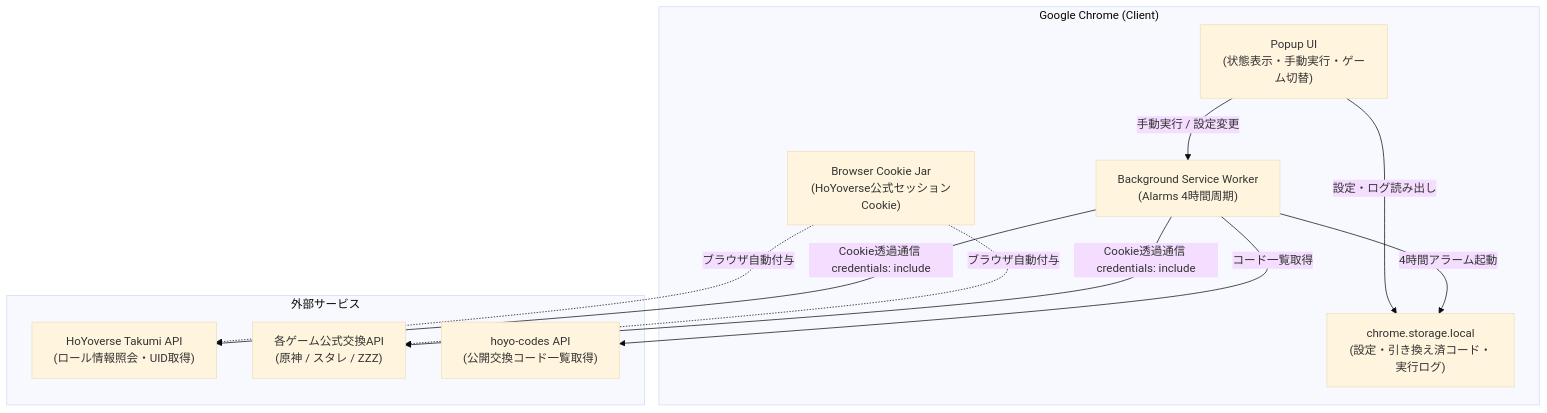
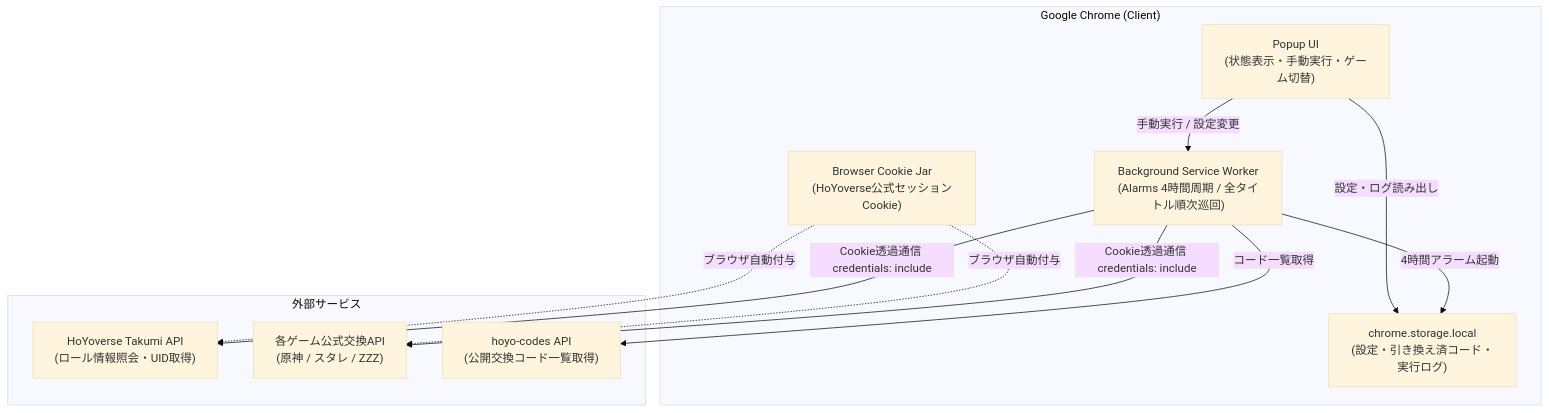
One commit to zyanpoyo/HoYoPass changed the diagram in docs/design/architecture.md. Above: the diagram before and after it, drawn with Mermaid (base theme). The commit also changed other lines of this file and 5 other files, not shown here.

````diff
--- a/docs/design/architecture.md
+++ b/docs/design/architecture.md
@@ -11,25 +11,25 @@
 ```mermaid
 flowchart TD
     subgraph Browser["Google Chrome (Client)"]
-        SW["Background Service Worker<br>(Alarms 4時間周期)"]
+        SW["Background Service Worker<br>(Alarms 4時間周期 / 全タイトル順次巡回)"]
         Popup["Popup UI<br>(状態表示・手動実行・ゲーム切替)"]
         Storage["chrome.storage.local<br>(設定・引き換え済コード・実行ログ)"]
         CookieJar["Browser Cookie Jar<br>(HoYoverse公式セッションCookie)"]
     end
 
     subgraph ExternalServices["外部サービス"]
         TakumiAPI["HoYoverse Takumi API<br>(ロール情報照会・UID取得)"]
         RedeemAPI["各ゲーム公式交換API<br>(原神 / スタレ / ZZZ)"]
         HoyoCodesAPI["hoyo-codes API<br>(公開交換コード一覧取得)"]
     end
 
     SW -->|4時間アラーム起動| Storage
     Popup -->|手動実行 / 設定変更| SW
     Popup -->|設定・ログ読み出し| Storage
 
     SW -->|コード一覧取得| HoyoCodesAPI
     SW -->|Cookie透過通信 credentials: include| TakumiAPI
     SW -->|Cookie透過通信 credentials: include| RedeemAPI
     CookieJar -.->|ブラウザ自動付与| TakumiAPI
     CookieJar -.->|ブラウザ自動付与| RedeemAPI
 ```
````
